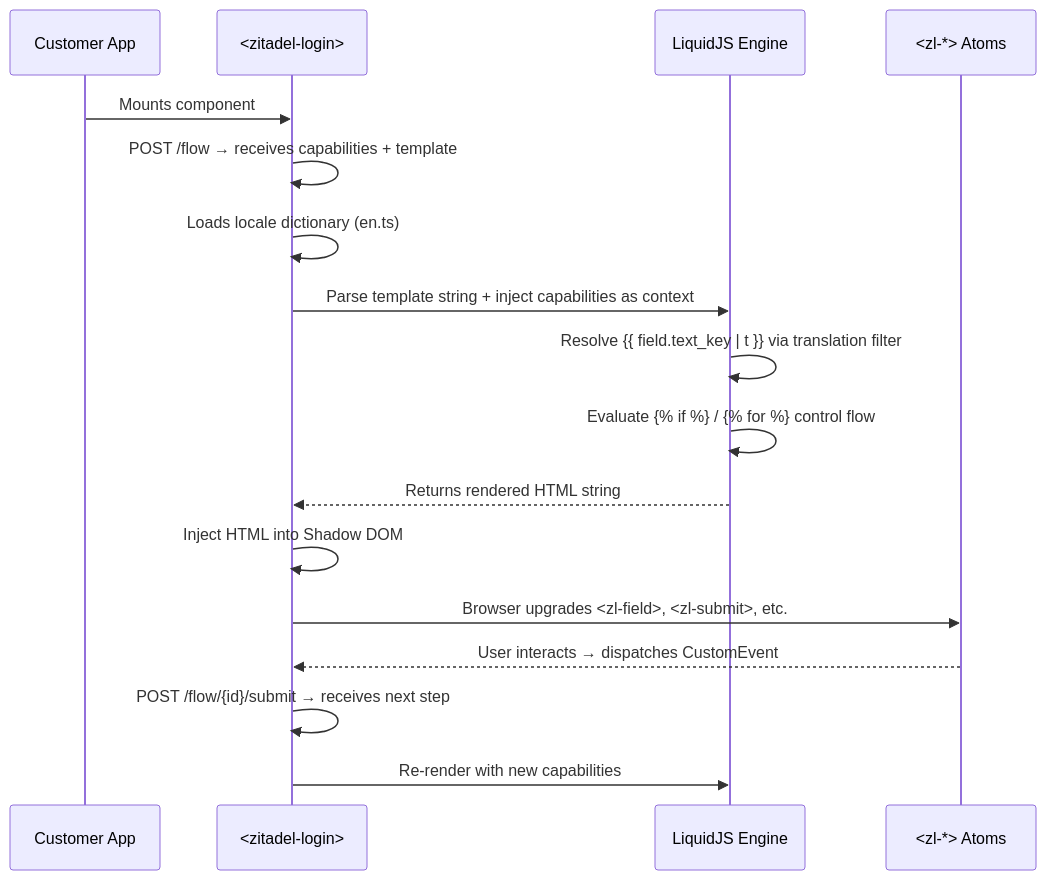
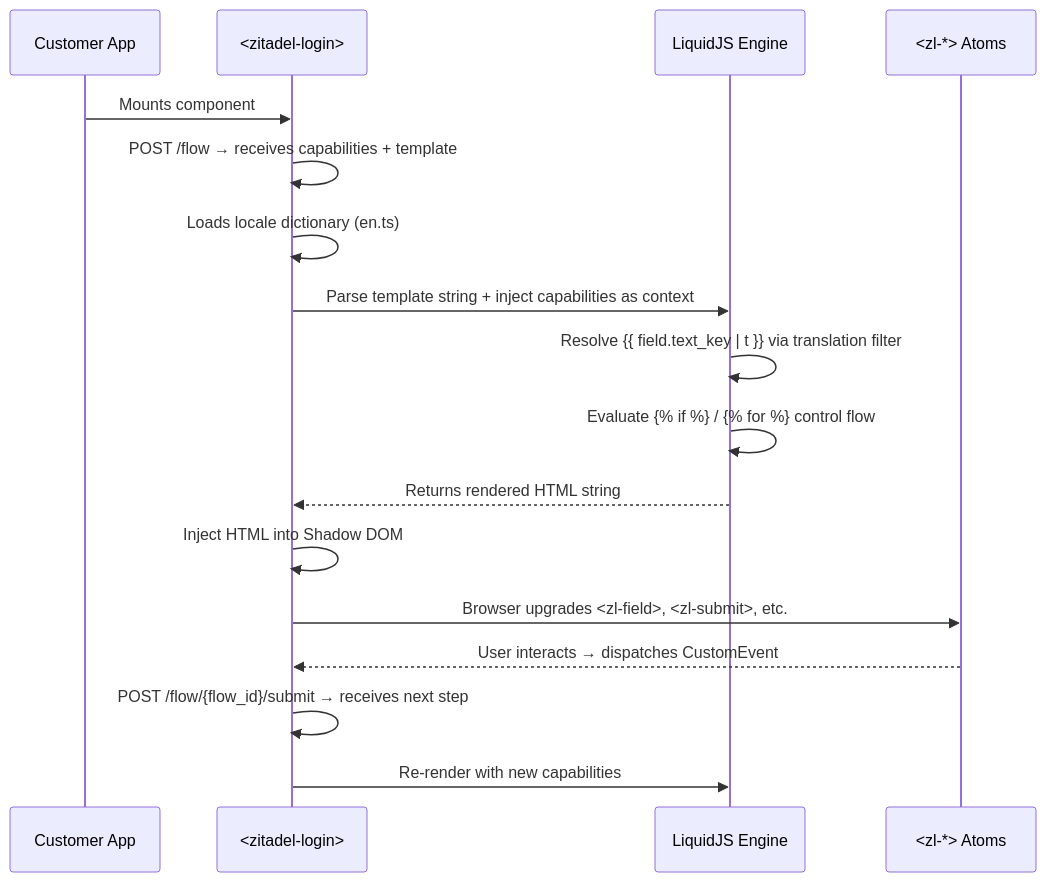
The second of 8 diagrams in docs/design/flowengine/flow-engine-guide.md (zitadel/nextgen), drawn with Mermaid before and after one commit. The commit also changed other lines of this file and 370 other files, not shown here.

````diff
--- a/docs/design/flowengine/flow-engine-guide.md
+++ b/docs/design/flowengine/flow-engine-guide.md
@@ -93,20 +93,20 @@
 ```mermaid
 sequenceDiagram
     participant App as Customer App
     participant ZL as <zitadel-login>
     participant Liquid as LiquidJS Engine
     participant Atoms as <zl-*> Atoms
 
     App->>ZL: Mounts component
     ZL->>ZL: POST /flow → receives capabilities + template
     ZL->>ZL: Loads locale dictionary (en.ts)
     ZL->>Liquid: Parse template string + inject capabilities as context
     Liquid->>Liquid: Resolve {{ field.text_key | t }} via translation filter
     Liquid->>Liquid: Evaluate {% if %} / {% for %} control flow
     Liquid-->>ZL: Returns rendered HTML string
     ZL->>ZL: Inject HTML into Shadow DOM
     ZL->>Atoms: Browser upgrades <zl-field>, <zl-submit>, etc.
     Atoms-->>ZL: User interacts → dispatches CustomEvent
-    ZL->>ZL: POST /flow/{id}/submit → receives next step
+    ZL->>ZL: POST /flow/{flow_id}/submit → receives next step
     ZL->>Liquid: Re-render with new capabilities
 ```
````
